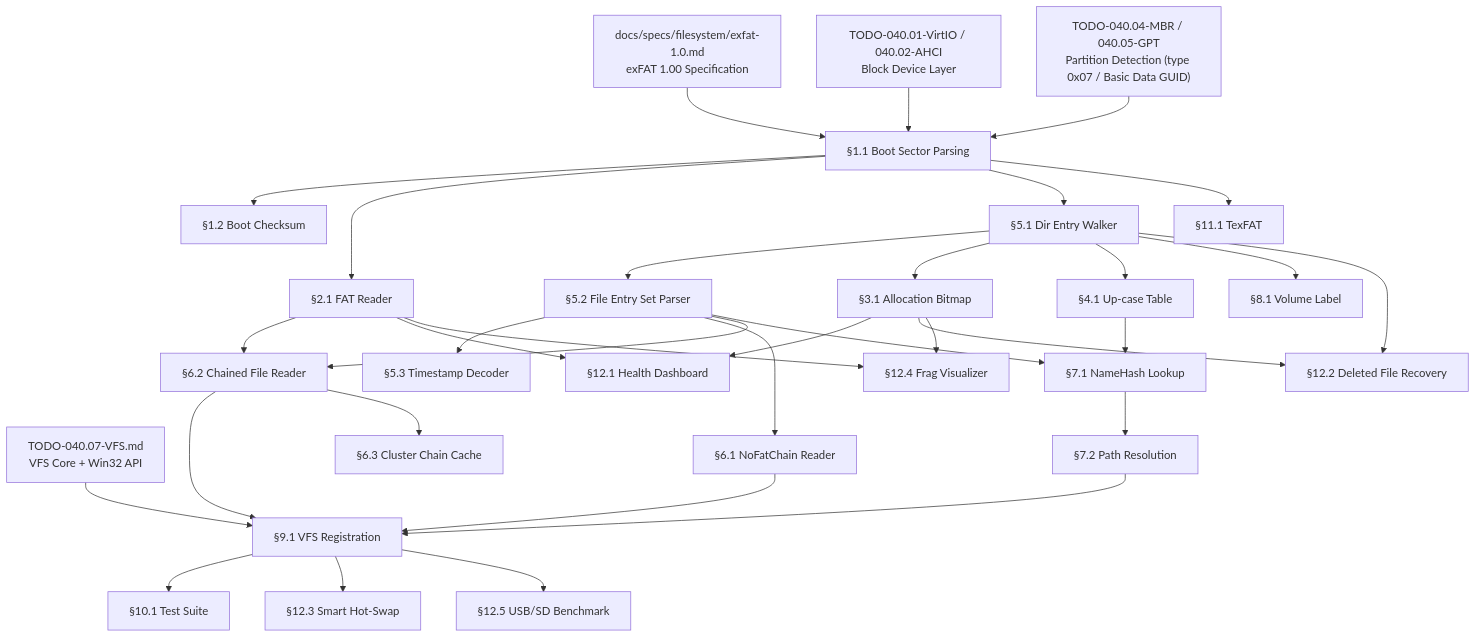
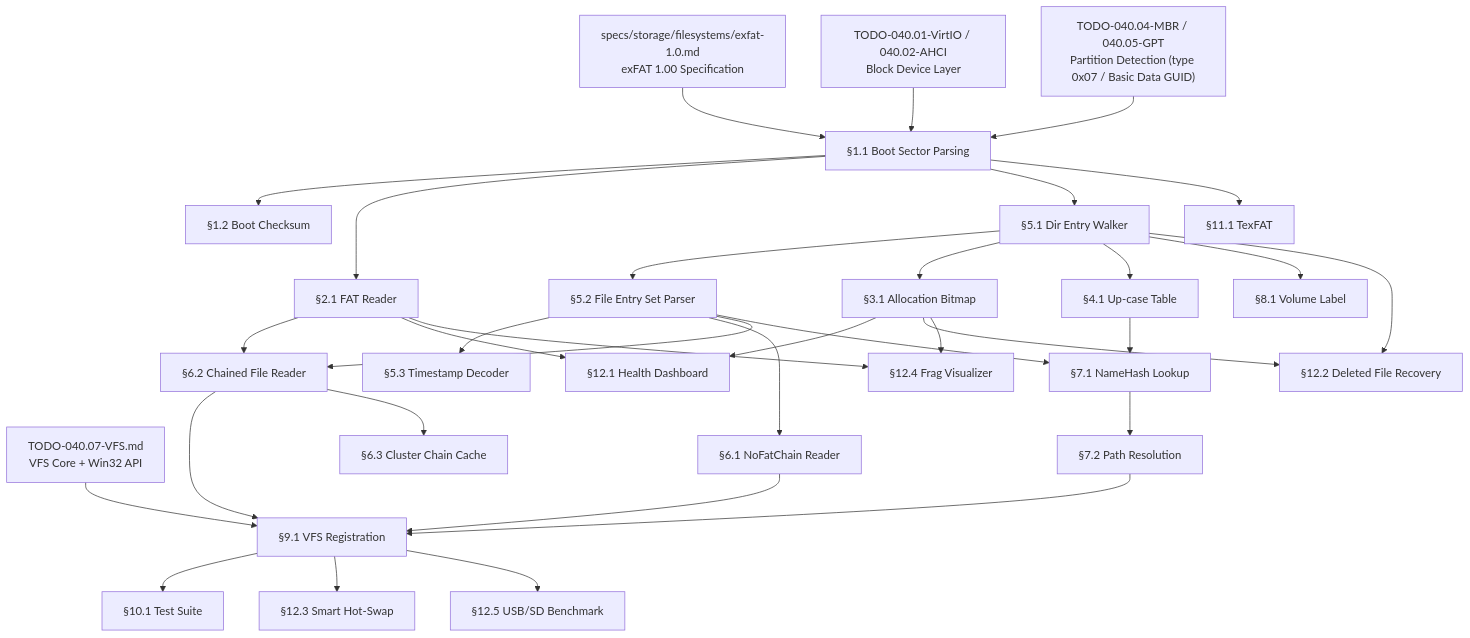
One commit to rizonesoft/impossible-os changed the diagram in todo/010-Kernel-Foundations/TODO-040-Filesystem/TODO-040.10-exFAT.md. Above: the diagram before and after it, drawn with Mermaid. The commit also changed other lines of this file and 14 other files, not shown here.

Commit message:
todo: add TODO-040.18 ISO 9660 / ECMA-119 roadmap

````diff
--- a/todo/010-Kernel-Foundations/TODO-040-Filesystem/TODO-040.10-exFAT.md
+++ b/todo/010-Kernel-Foundations/TODO-040-Filesystem/TODO-040.10-exFAT.md
@@ -42,63 +42,63 @@
 ```mermaid
 graph TD
-    SPEC["docs/specs/filesystem/exfat-1.0.md<br/>exFAT 1.00 Specification"]
+    SPEC["specs/storage/filesystems/exfat-1.0.md<br/>exFAT 1.00 Specification"]
     BLK["TODO-040.01-VirtIO / 040.02-AHCI<br/>Block Device Layer"]
     PART["TODO-040.04-MBR / 040.05-GPT<br/>Partition Detection (type 0x07 / Basic Data GUID)"]
     VFS["TODO-040.07-VFS.md<br/>VFS Core + Win32 API"]
 
     A["§1.1 Boot Sector Parsing"]
     B["§1.2 Boot Checksum"]
     C["§2.1 FAT Reader"]
     D["§5.1 Dir Entry Walker"]
     E["§5.2 File Entry Set Parser"]
     F["§5.3 Timestamp Decoder"]
     G["§3.1 Allocation Bitmap"]
     H["§4.1 Up-case Table"]
     I["§6.1 NoFatChain Reader"]
     J["§6.2 Chained File Reader"]
     K["§6.3 Cluster Chain Cache"]
     L["§7.1 NameHash Lookup"]
     M["§7.2 Path Resolution"]
     N["§8.1 Volume Label"]
     O["§9.1 VFS Registration"]
     P["§10.1 Test Suite"]
     Q["§11.1 TexFAT"]
     R["§12.1 Health Dashboard"]
     S["§12.2 Deleted File Recovery"]
     T["§12.3 Smart Hot-Swap"]
     U["§12.4 Frag Visualizer"]
     V["§12.5 USB/SD Benchmark"]
 
     SPEC --> A
     BLK --> A
     PART --> A
     A --> B
     A --> C
     A --> D
     C --> J
     D --> E
     D --> G
     D --> H
     D --> N
     E --> F
     E --> I
     E --> J
     E --> L
     H --> L
     I --> O
     J --> O
     J --> K
     L --> M
     M --> O
     VFS --> O
     G --> R
     C --> R
     O --> P
     A --> Q
     G --> S
     D --> S
     O --> T
     G --> U
     C --> U
     O --> V
 ```
````
